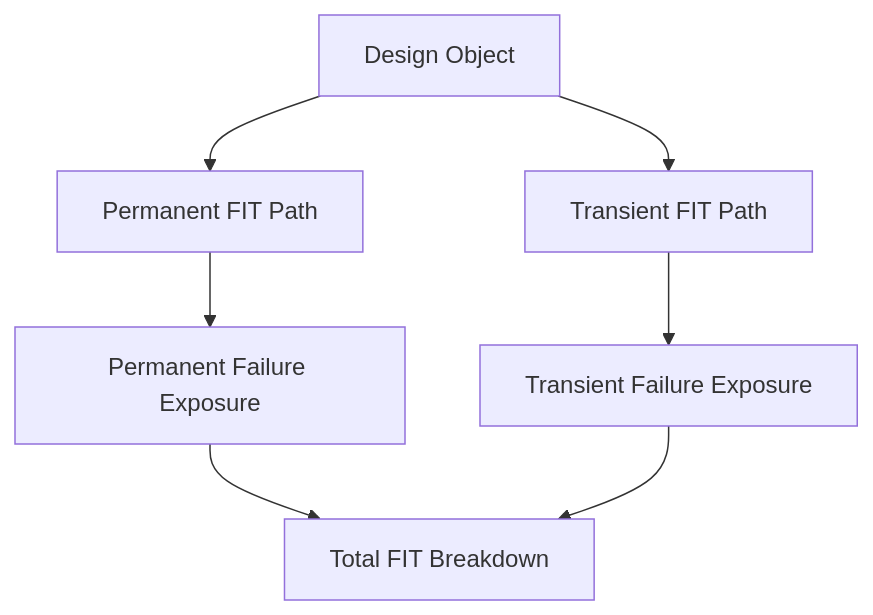
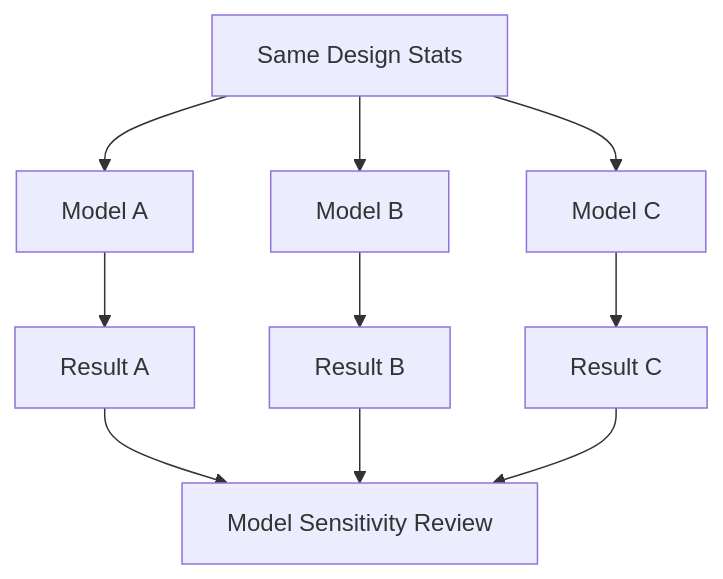
One commit to qiqixixi1001/automotive-safeic-practice changed the seventh of 9 diagrams in articles/04_automotive_safeic_practice_d04_github_en_generic.md. Above: the diagram before and after it, drawn with Mermaid. The commit also changed other lines of this file, not shown here.

````diff
--- a/articles/04_automotive_safeic_practice_d04_github_en_generic.md
+++ b/articles/04_automotive_safeic_practice_d04_github_en_generic.md
@@ -412,9 +683,12 @@
 ```mermaid
 flowchart TD
-    A[Design Object] --> B[Permanent FIT Path]
-    A --> C[Transient FIT Path]
-    B --> D[Permanent Failure Exposure]
-    C --> E[Transient Failure Exposure]
-    D --> F[Total FIT Breakdown]
-    E --> F
+    A[Same Design Stats] --> B[Model A]
+    A --> C[Model B]
+    A --> D[Model C]
+    B --> E[Result A]
+    C --> F[Result B]
+    D --> G[Result C]
+    E --> H[Model Sensitivity Review]
+    F --> H
+    G --> H
 ```
````
